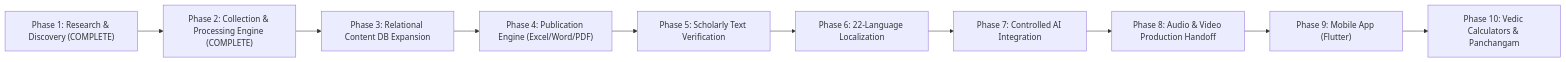
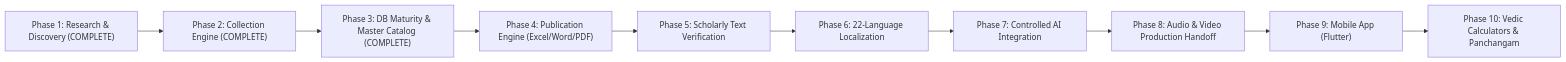
The second of 2 diagrams in documentation/project_roadmap/MASTER_PLAN.md (thegr8gv1/vedam), drawn with Mermaid before and after one commit. The commit also changed other lines of this file and 23 other files, not shown here.

Commit message:
Complete Phase 3: Database maturity with Alembic & backups, 77-composition master devotional discovery catalog, 7-layer provenance register, QA engine with 12 lifecycle stages, multilingual/Tamil analysis, batch ingestion engine, and 45 automated tests

````diff
--- a/documentation/project_roadmap/MASTER_PLAN.md
+++ b/documentation/project_roadmap/MASTER_PLAN.md
@@ -63,12 +63,12 @@
 ```mermaid
 flowchart LR
-    P1["Phase 1: Research & Discovery (COMPLETE)"] --> P2["Phase 2: Collection & Processing Engine (COMPLETE)"]
-    P2 --> P3["Phase 3: Relational Content DB Expansion"]
+    P1["Phase 1: Research & Discovery (COMPLETE)"] --> P2["Phase 2: Collection Engine (COMPLETE)"]
+    P2 --> P3["Phase 3: DB Maturity & Master Catalog (COMPLETE)"]
     P3 --> P4["Phase 4: Publication Engine (Excel/Word/PDF)"]
     P4 --> P5["Phase 5: Scholarly Text Verification"]
     P5 --> P6["Phase 6: 22-Language Localization"]
     P6 --> P7["Phase 7: Controlled AI Integration"]
     P7 --> P8["Phase 8: Audio & Video Production Handoff"]
     P8 --> P9["Phase 9: Mobile App (Flutter)"]
     P9 --> P10["Phase 10: Vedic Calculators & Panchangam"]
 ```
````
